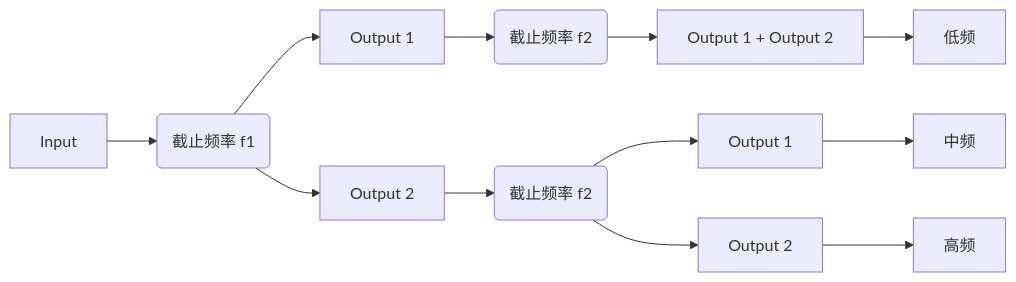
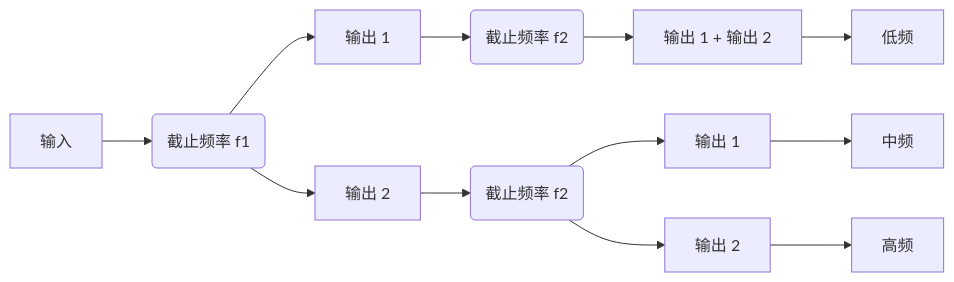
Before and after one commit to ZL-Audio/zl-audio.github.io: the second of 2 diagrams in content/zh-cn/plugins/zlsplitter/manual.md, drawn with Mermaid. The commit also changed other lines of this file and 20 other files, not shown here.

````diff
--- a/content/zh-cn/plugins/zlsplitter/manual.md
+++ b/content/zh-cn/plugins/zlsplitter/manual.md
@@ -383,7 +584,7 @@
 ```mermaid
 flowchart LR
-    A[Input] --> B1(截止频率 f1)
-    B1 --> C[Output 1] --> B2(截止频率 f2) --> O1[Output 1 + Output 2] --> F1[低频]
-    B1 --> D[Output 2] --> B3(截止频率 f2) --> O2[Output 1] --> F2[中频]
-    B3 --> O3[Output 2] --> F3[高频]
+    A[输入] --> B1(截止频率 f1)
+    B1 --> C[输出 1] --> B2(截止频率 f2) --> O1[输出 1 + 输出 2] --> F1[低频]
+    B1 --> D[输出 2] --> B3(截止频率 f2) --> O2[输出 1] --> F2[中频]
+    B3 --> O3[输出 2] --> F3[高频]
 ```
````
